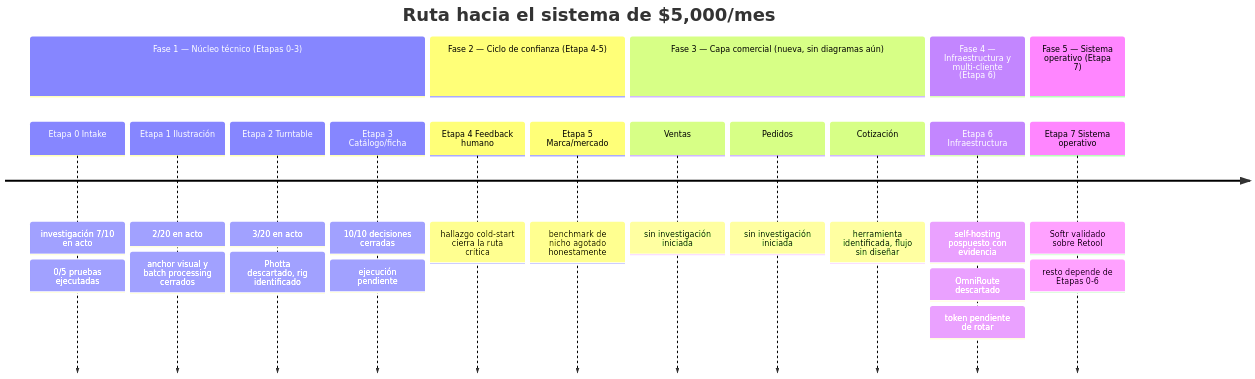
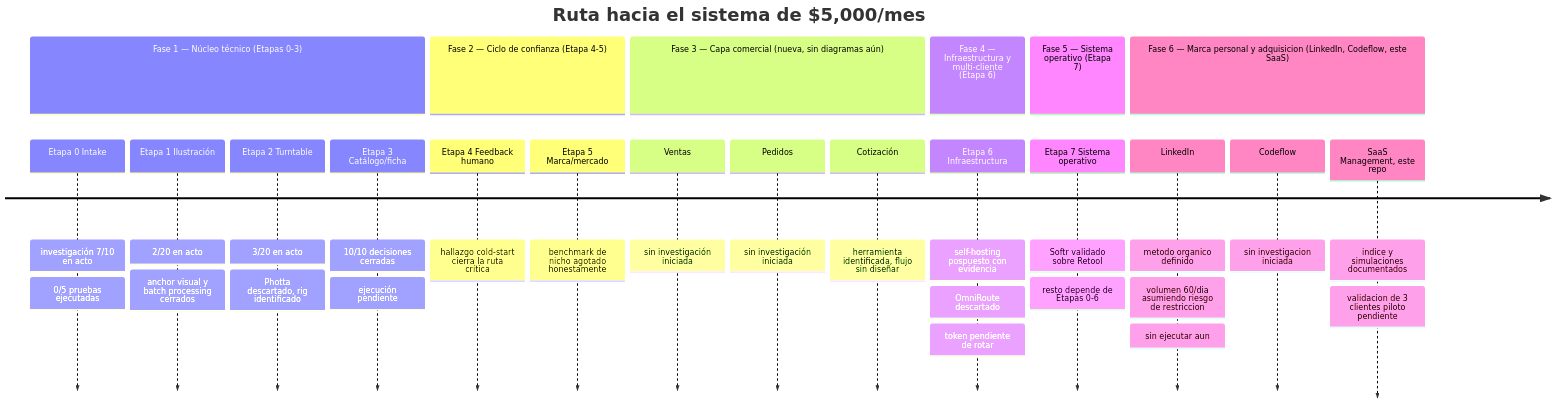
The diagram in proyectos/edge-cascos/indice-proyecto-edge.md (juandroeleven-jpg/SAAAS-Marketing), drawn with Mermaid before and after one commit. The commit also changed other lines of this file, not shown here.

Commit message:
Agregar Fase 6 (LinkedIn, Codeflow, este SaaS) al timeline y enlazar indice-simulaciones.md. Solo agregados, cero contenido existente tocado.

````diff
--- a/proyectos/edge-cascos/indice-proyecto-edge.md
+++ b/proyectos/edge-cascos/indice-proyecto-edge.md
@@ -14,20 +15,24 @@
 ```mermaid
 timeline
     title Ruta hacia el sistema de $5,000/mes
     section Fase 1 — Núcleo técnico (Etapas 0-3)
         Etapa 0 Intake : investigación 7/10 en acto : 0/5 pruebas ejecutadas
         Etapa 1 Ilustración : 2/20 en acto : anchor visual y batch processing cerrados
         Etapa 2 Turntable : 3/20 en acto : Photta descartado, rig identificado
         Etapa 3 Catálogo/ficha : 10/10 decisiones cerradas : ejecución pendiente
     section Fase 2 — Ciclo de confianza (Etapa 4-5)
         Etapa 4 Feedback humano : hallazgo cold-start cierra la ruta crítica
         Etapa 5 Marca/mercado : benchmark de nicho agotado honestamente
     section Fase 3 — Capa comercial (nueva, sin diagramas aún)
         Ventas : sin investigación iniciada
         Pedidos : sin investigación iniciada
         Cotización : herramienta identificada, flujo sin diseñar
     section Fase 4 — Infraestructura y multi-cliente (Etapa 6)
         Etapa 6 Infraestructura : self-hosting pospuesto con evidencia : OmniRoute descartado : token pendiente de rotar
     section Fase 5 — Sistema operativo (Etapa 7)
         Etapa 7 Sistema operativo : Softr validado sobre Retool : resto depende de Etapas 0-6
+    section Fase 6 — Marca personal y adquisicion (LinkedIn, Codeflow, este SaaS)
+        LinkedIn : metodo organico definido : volumen 60/dia asumiendo riesgo de restriccion : sin ejecutar aun
+        Codeflow : sin investigacion iniciada
+        SaaS Management, este repo : indice y simulaciones documentados : validacion de 3 clientes piloto pendiente
 ```
````
